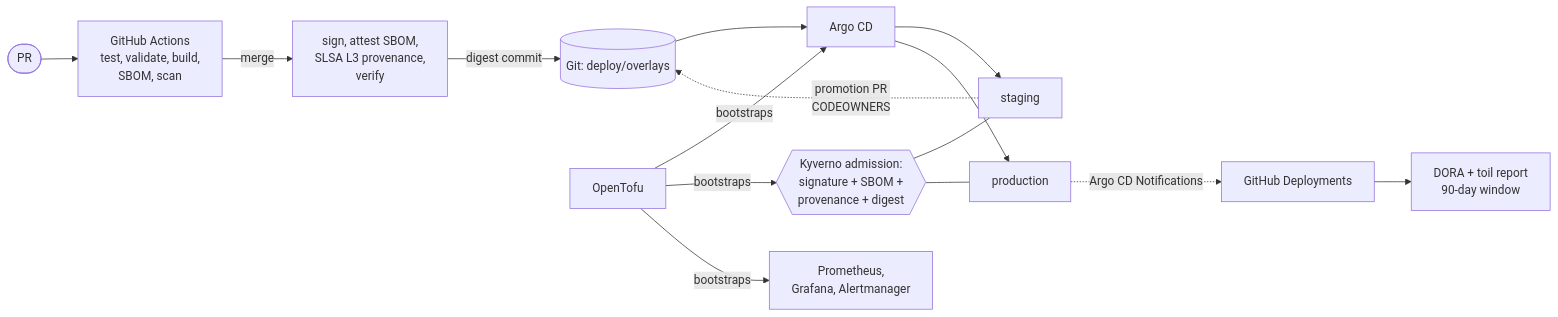
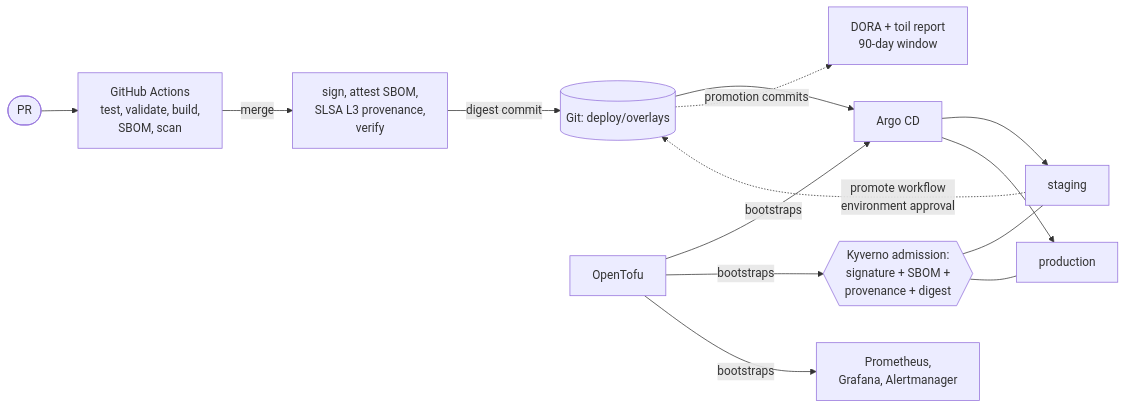
One commit to umamidayo/healthqueue-pipeline changed the diagram in README.md. Above: the diagram before and after it, drawn with Mermaid. The commit also changed other lines of this file and 29 other files, not shown here.

Commit message:
ci: promote via GITHUB_TOKEN and a production environment gate (no bot)

````diff
--- a/README.md
+++ b/README.md
@@ -19,13 +19,13 @@
 ```mermaid
 flowchart LR
   dev([PR]) --> ci[GitHub Actions<br/>test, validate, build,<br/>SBOM, scan]
   ci -->|merge| sign[sign, attest SBOM,<br/>SLSA L3 provenance,<br/>verify]
   sign -->|digest commit| git[(Git: deploy/overlays)]
   git --> argo[Argo CD]
   argo --> stg[staging]
-  stg -.->|promotion PR<br/>CODEOWNERS| git
+  stg -.->|promote workflow<br/>environment approval| git
   argo --> prd[production]
   kyv{{Kyverno admission:<br/>signature + SBOM +<br/>provenance + digest}} --- stg & prd
   tofu[OpenTofu] -->|bootstraps| argo & kyv & prom[Prometheus,<br/>Grafana, Alertmanager]
-  prd -.->|Argo CD Notifications| gd[GitHub Deployments] --> dora[DORA + toil report<br/>90-day window]
+  git -.->|promotion commits| dora[DORA + toil report<br/>90-day window]
 ```
````
